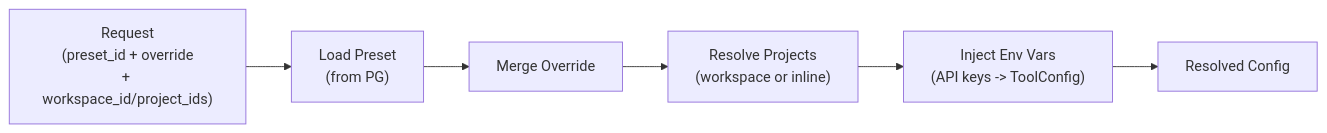
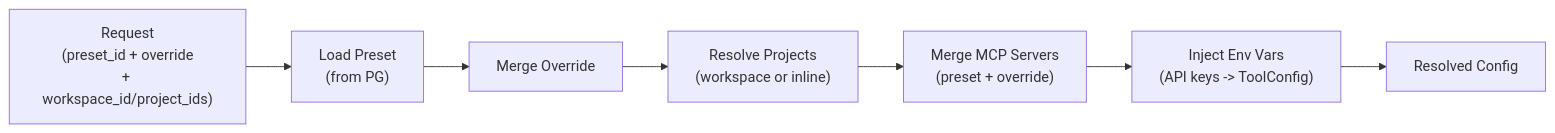
Before and after one commit to Wh1isper/netherbrain: the second of 3 diagrams in spec/agent_runtime/02-configuration.md, drawn with Mermaid. The commit also changed other lines of this file and 22 other files, not shown here.

First line of the commit message:
feat: add execution API and external MCP server support

````diff
--- a/spec/agent_runtime/02-configuration.md
+++ b/spec/agent_runtime/02-configuration.md
@@ -211,8 +228,9 @@
 ```mermaid
 flowchart LR
     REQ["Request<br/>(preset_id + override<br/>+ workspace_id/project_ids)"] --> LOAD["Load Preset<br/>(from PG)"]
     LOAD --> MERGE["Merge Override"]
     MERGE --> RESOLVE_WS["Resolve Projects<br/>(workspace or inline)"]
-    RESOLVE_WS --> INJECT["Inject Env Vars<br/>(API keys -> ToolConfig)"]
+    RESOLVE_WS --> RESOLVE_MCP["Merge MCP Servers<br/>(preset + override)"]
+    RESOLVE_MCP --> INJECT["Inject Env Vars<br/>(API keys -> ToolConfig)"]
     INJECT --> RESOLVED["Resolved Config"]
 ```
````
